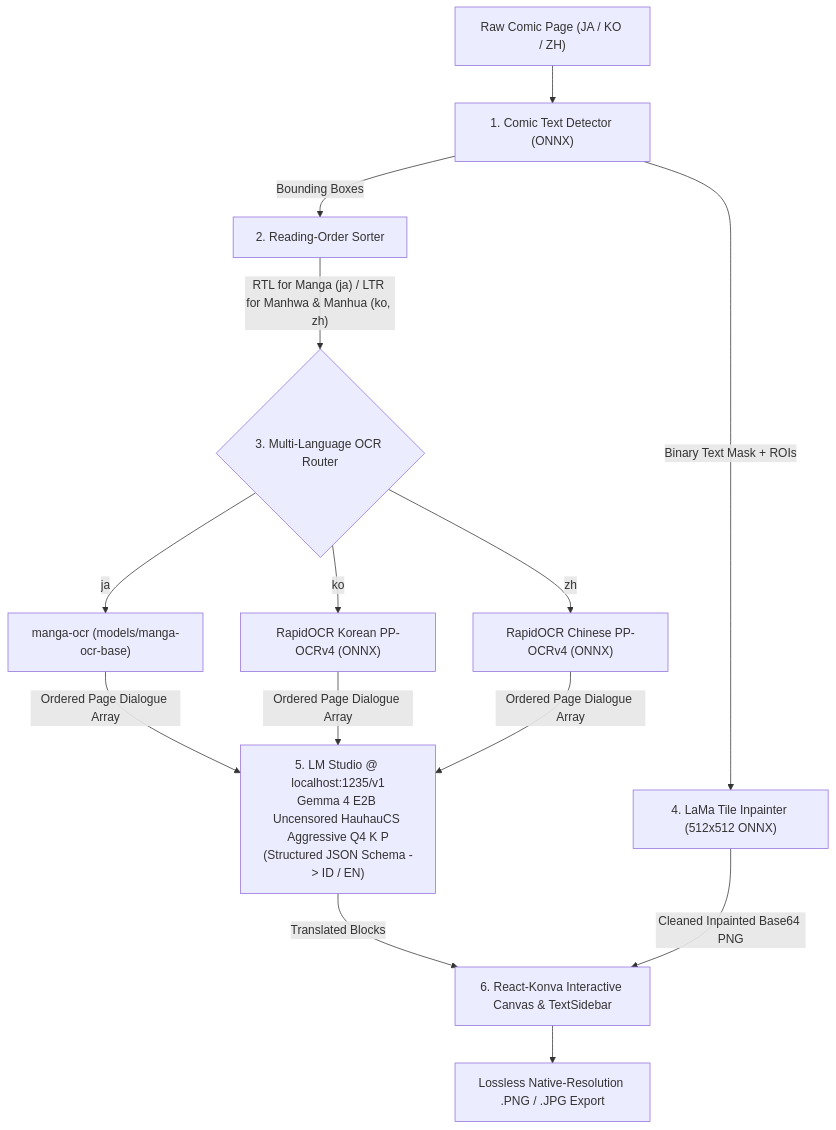
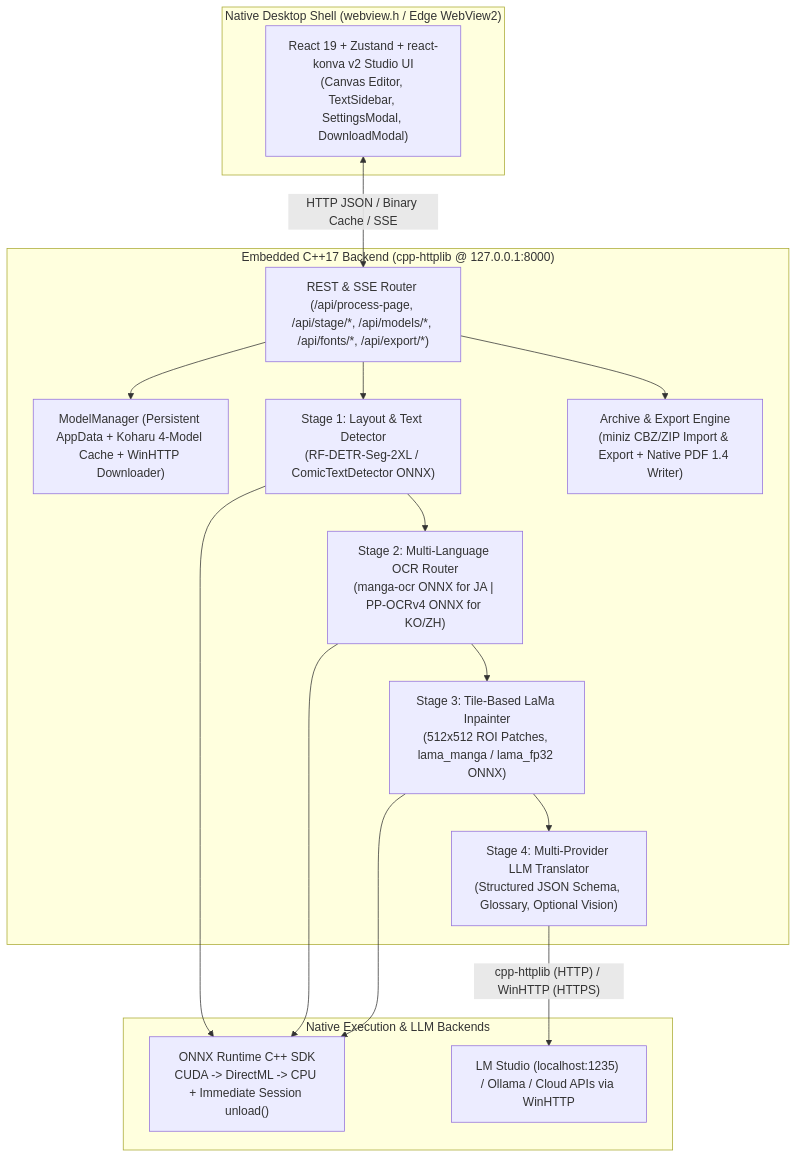
Before and after one commit to RakhaRazan/vellum-manga-translator: the diagram in README.md, drawn with Mermaid. The commit also changed other lines of this file and 61 other files, not shown here.

````diff
--- a/README.md
+++ b/README.md
@@ -84,14 +68,28 @@
 ```mermaid
-flowchart TD
-    A["Raw Comic Page (JA / KO / ZH)"] --> B["1. Comic Text Detector (ONNX)"]
-    B -->|"Bounding Boxes"| C["2. Reading-Order Sorter"]
-    B -->|"Binary Text Mask + ROIs"| F["4. LaMa Tile Inpainter (512x512 ONNX)"]
-    C -->|"RTL for Manga (ja) / LTR for Manhwa & Manhua (ko, zh)"| D{"3. Multi-Language OCR Router"}
-    D -->|"ja"| D1["manga-ocr (models/manga-ocr-base)"]
-    D -->|"ko"| D2["RapidOCR Korean PP-OCRv4 (ONNX)"]
-    D -->|"zh"| D3["RapidOCR Chinese PP-OCRv4 (ONNX)"]
-    D1 & D2 & D3 -->|"Ordered Page Dialogue Array"| E["5. LM Studio @ localhost:1235/v1<br/>Gemma 4 E2B Uncensored HauhauCS Aggressive Q4 K P<br/>(Structured JSON Schema -> ID / EN)"]
-    E -->|"Translated Blocks"| G["6. React-Konva Interactive Canvas & TextSidebar"]
-    F -->|"Cleaned Inpainted Base64 PNG"| G
-    G --> H["Lossless Native-Resolution .PNG / .JPG Export"]
+flowchart TB
+    subgraph UI["Native Desktop Shell (webview.h / Edge WebView2)"]
+        REACT["React 19 + Zustand + react-konva v2 Studio UI<br/>(Canvas Editor, TextSidebar, SettingsModal, DownloadModal)"]
+    end
+
+    subgraph CPP["Embedded C++17 Backend (cpp-httplib @ 127.0.0.1:8000)"]
+        API["REST & SSE Router (/api/process-page, /api/stage/*, /api/models/*, /api/fonts/*, /api/export/*)"]
+        MM["ModelManager (Persistent AppData + Koharu 4-Model Cache + WinHTTP Downloader)"]
+        S1["Stage 1: Layout & Text Detector<br/>(RF-DETR-Seg-2XL / ComicTextDetector ONNX)"]
+        S2["Stage 2: Multi-Language OCR Router<br/>(manga-ocr ONNX for JA | PP-OCRv4 ONNX for KO/ZH)"]
+        S3["Stage 3: Tile-Based LaMa Inpainter<br/>(512x512 ROI Patches, lama_manga / lama_fp32 ONNX)"]
+        S4["Stage 4: Multi-Provider LLM Translator<br/>(Structured JSON Schema, Glossary, Optional Vision)"]
+        EX["Archive & Export Engine<br/>(miniz CBZ/ZIP Import & Export + Native PDF 1.4 Writer)"]
+    end
+
+    subgraph HW["Native Execution & LLM Backends"]
+        ORT["ONNX Runtime C++ SDK<br/>CUDA -> DirectML -> CPU + Immediate Session unload()"]
+        LLM["LM Studio (localhost:1235) / Ollama / Cloud APIs via WinHTTP"]
+    end
+
+    REACT <-->|"HTTP JSON / Binary Cache / SSE"| API
+    API --> S1 --> S2 --> S3 --> S4
+    API --> MM
+    API --> EX
+    S1 & S2 & S3 --> ORT
+    S4 -->|"cpp-httplib (HTTP) / WinHTTP (HTTPS)"| LLM
 ```
````
